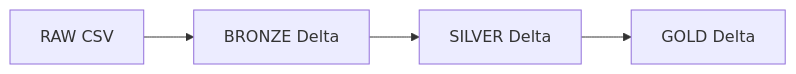
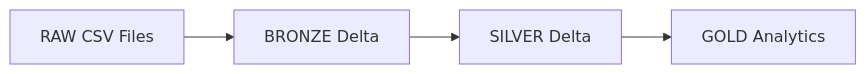
One commit to paulocorre1a/poc-biolab-sustain changed the second of 2 diagrams in README.md. Above: the diagram before and after it, drawn with Mermaid. The commit also changed other lines of this file, not shown here.

Commit message:
Update README with DR architecture and recovery validation

````diff
--- a/README.md
+++ b/README.md
@@ -127,6 +190,6 @@
 ```mermaid
 flowchart LR
-    A[RAW CSV] --> B[BRONZE Delta]
+    A[RAW CSV Files] --> B[BRONZE Delta]
     B --> C[SILVER Delta]
-    C --> D[GOLD Delta]
+    C --> D[GOLD Analytics]
 ```
````
